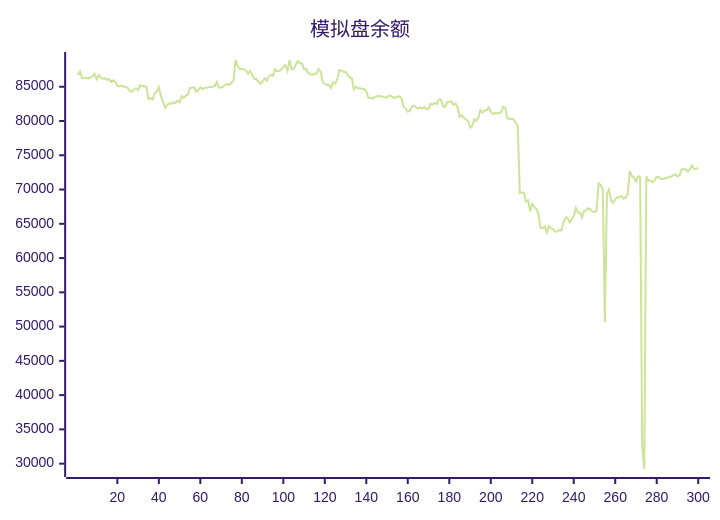
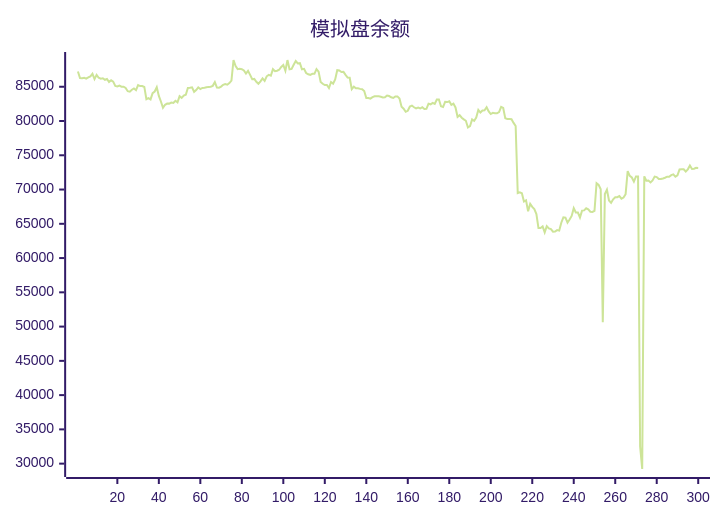
The diagram in README.md (aahl/ai-trading), drawn with Mermaid (forest theme) before and after one commit. The commit also changed other lines of this file and 1 other file, not shown here.

````diff
--- a/README.md
+++ b/README.md
@@ -5,5 +5,5 @@
 ```mermaid
 xychart
     title "模拟盘余额"
-    line [86662,87234,86279,86251,86314,86177,86364,86503,86886,86114,86731,86310,86176,86240,86017,86136,85685,85938,85749,85111,85044,85164,85016,85008,84824,84354,84287,84572,84745,84500,85234,85096,85095,84970,83180,83338,83157,84070,84309,84922,83667,82850,81924,82369,82552,82539,82695,82648,82962,82728,83619,83378,83710,83825,84819,84854,84917,84265,84527,84919,84668,84834,84850,84916,84981,85004,85131,85674,84891,84864,85019,85284,85393,85294,85538,85894,88904,88012,87567,87625,87568,87386,86920,87313,86737,86094,86143,85725,85437,85787,86219,85859,86526,86740,86630,87563,87264,87335,87483,87886,88180,87335,88894,87544,87608,88207,88755,88401,88444,87543,87608,87000,86810,86740,86894,86884,87576,87209,85686,85435,85251,85255,84820,85689,85453,86066,87420,87373,87161,87178,86740,86341,86315,84643,85012,84772,84768,84690,84635,84376,83360,83357,83259,83474,83608,83606,83602,83548,83440,83454,83724,83644,83464,83365,83590,83592,83275,82072,81806,81344,81492,82109,82254,82006,81848,81955,81829,82022,81769,81776,82522,82441,82656,82498,83144,83144,82150,82038,82797,82763,82872,82367,82536,81981,80612,80862,80484,80242,80034,79063,79245,80226,80016,80507,81625,81233,81544,81578,82016,81401,81019,81186,81130,81118,81306,82066,81909,80392,80304,80291,80258,79729,79261,69466,69579,69456,68251,68415,66832,67911,67462,67144,66432,64380,64375,64606,63740,64647,64324,64216,63842,63877,64078,64008,65156,65945,65888,65157,65625,66144,67284,66653,66639,65924,66925,66956,67263,67108,66766,66729,66886,70927,70673,70049,50652,69334,69973,68400,68061,68578,68876,68879,69055,68662,68822,69329,72687,71999,71760,71162,71911,71896,32500,29218,71927,71297,71305,71044,71337,71883,71822,71536,71536,71622,71723,71880,71860,72100,72216,71887,72077,72940,72976,72966,72638,72948,73497,73004,73041,73173]
+    line [87234,86279,86251,86314,86177,86364,86503,86886,86114,86731,86310,86176,86240,86017,86136,85685,85938,85749,85111,85044,85164,85016,85008,84824,84354,84287,84572,84745,84500,85234,85096,85095,84970,83180,83338,83157,84070,84309,84922,83667,82850,81924,82369,82552,82539,82695,82648,82962,82728,83619,83378,83710,83825,84819,84854,84917,84265,84527,84919,84668,84834,84850,84916,84981,85004,85131,85674,84891,84864,85019,85284,85393,85294,85538,85894,88904,88012,87567,87625,87568,87386,86920,87313,86737,86094,86143,85725,85437,85787,86219,85859,86526,86740,86630,87563,87264,87335,87483,87886,88180,87335,88894,87544,87608,88207,88755,88401,88444,87543,87608,87000,86810,86740,86894,86884,87576,87209,85686,85435,85251,85255,84820,85689,85453,86066,87420,87373,87161,87178,86740,86341,86315,84643,85012,84772,84768,84690,84635,84376,83360,83357,83259,83474,83608,83606,83602,83548,83440,83454,83724,83644,83464,83365,83590,83592,83275,82072,81806,81344,81492,82109,82254,82006,81848,81955,81829,82022,81769,81776,82522,82441,82656,82498,83144,83144,82150,82038,82797,82763,82872,82367,82536,81981,80612,80862,80484,80242,80034,79063,79245,80226,80016,80507,81625,81233,81544,81578,82016,81401,81019,81186,81130,81118,81306,82066,81909,80392,80304,80291,80258,79729,79261,69466,69579,69456,68251,68415,66832,67911,67462,67144,66432,64380,64375,64606,63740,64647,64324,64216,63842,63877,64078,64008,65156,65945,65888,65157,65625,66144,67284,66653,66639,65924,66925,66956,67263,67108,66766,66729,66886,70927,70673,70049,50652,69334,69973,68400,68061,68578,68876,68879,69055,68662,68822,69329,72687,71999,71760,71162,71911,71896,32500,29218,71927,71297,71305,71044,71337,71883,71822,71536,71536,71622,71723,71880,71860,72100,72216,71887,72077,72940,72976,72966,72638,72948,73497,73004,73041,73173,73160]
 ```
````
